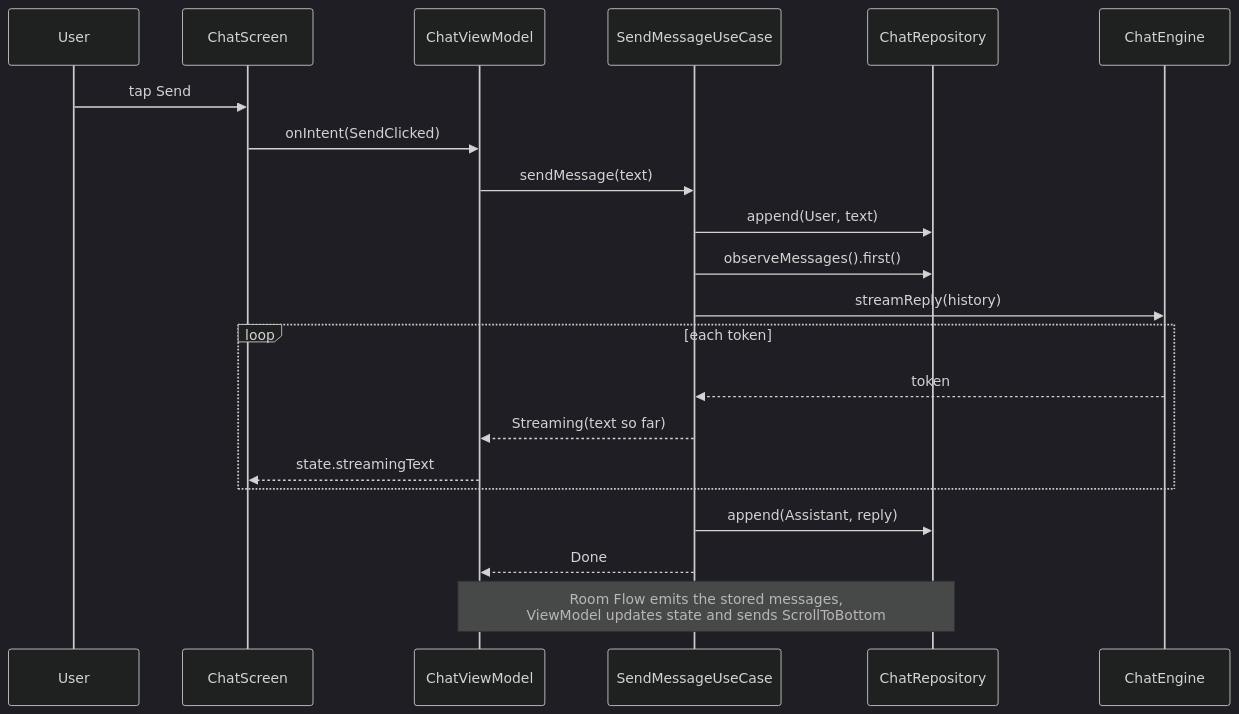
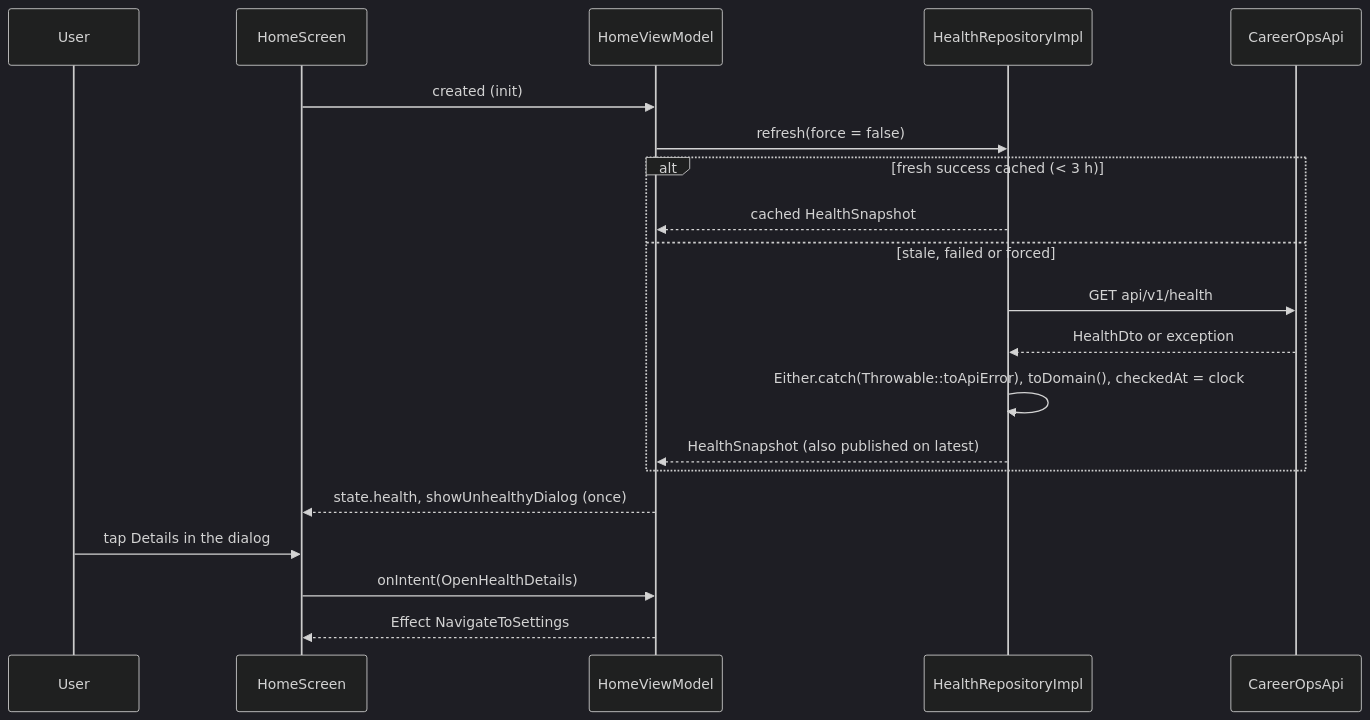
Before and after one commit to dthuy62/jobflow: the third of 4 diagrams in android/docs/system-architecture.md, drawn with Mermaid (dark theme). The commit also changed other lines of this file and 31 other files, not shown here.

````diff
--- a/android/docs/system-architecture.md
+++ b/android/docs/system-architecture.md
@@ -51,23 +54,22 @@
 ```mermaid
 sequenceDiagram
     participant U as User
-    participant S as ChatScreen
-    participant V as ChatViewModel
-    participant C as SendMessageUseCase
-    participant R as ChatRepository
-    participant E as ChatEngine
-    U->>S: tap Send
-    S->>V: onIntent(SendClicked)
-    V->>C: sendMessage(text)
-    C->>R: append(User, text)
-    C->>R: observeMessages().first()
-    C->>E: streamReply(history)
-    loop each token
-        E-->>C: token
-        C-->>V: Streaming(text so far)
-        V-->>S: state.streamingText
+    participant S as HomeScreen
+    participant V as HomeViewModel
+    participant R as HealthRepositoryImpl
+    participant A as CareerOpsApi
+    S->>V: created (init)
+    V->>R: refresh(force = false)
+    alt fresh success cached (< 3 h)
+        R-->>V: cached HealthSnapshot
+    else stale, failed or forced
+        R->>A: GET api/v1/health
+        A-->>R: HealthDto or exception
+        R->>R: Either.catch(Throwable::toApiError), toDomain(), checkedAt = clock
+        R-->>V: HealthSnapshot (also published on latest)
     end
-    C->>R: append(Assistant, reply)
-    C-->>V: Done
-    Note over R,V: Room Flow emits the stored messages,<br/>ViewModel updates state and sends ScrollToBottom
+    V-->>S: state.health, showUnhealthyDialog (once)
+    U->>S: tap Details in the dialog
+    S->>V: onIntent(OpenHealthDetails)
+    V-->>S: Effect NavigateToSettings
 ```
````
